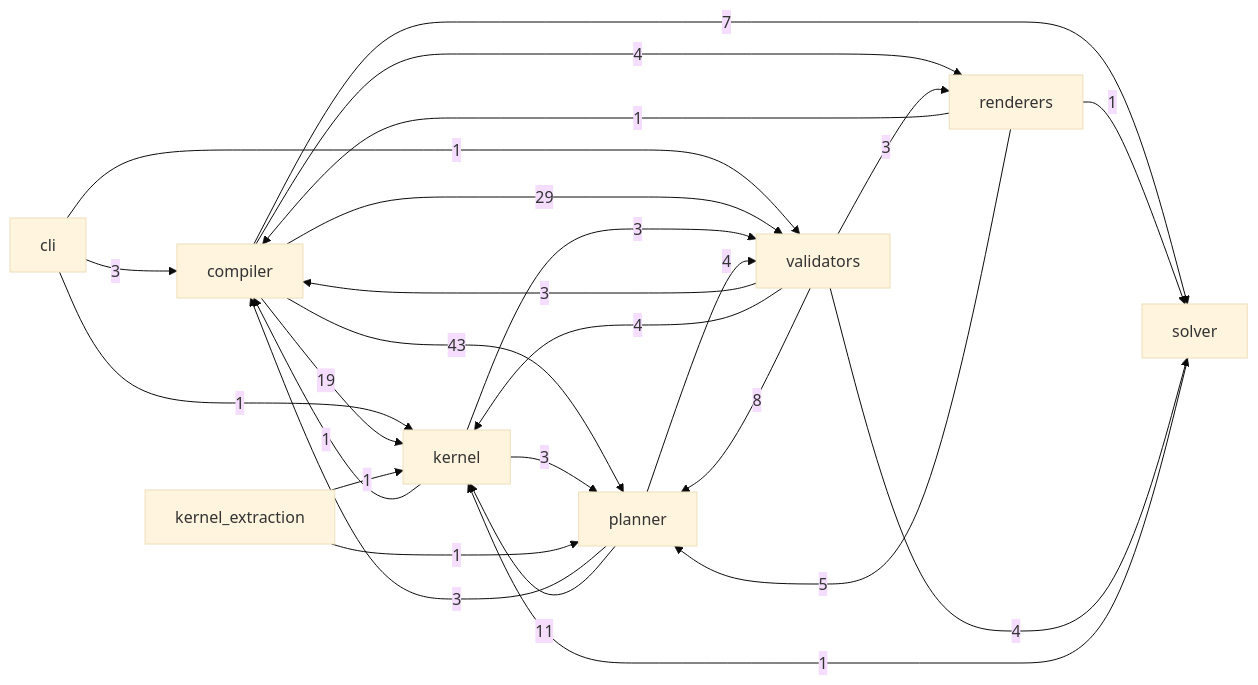
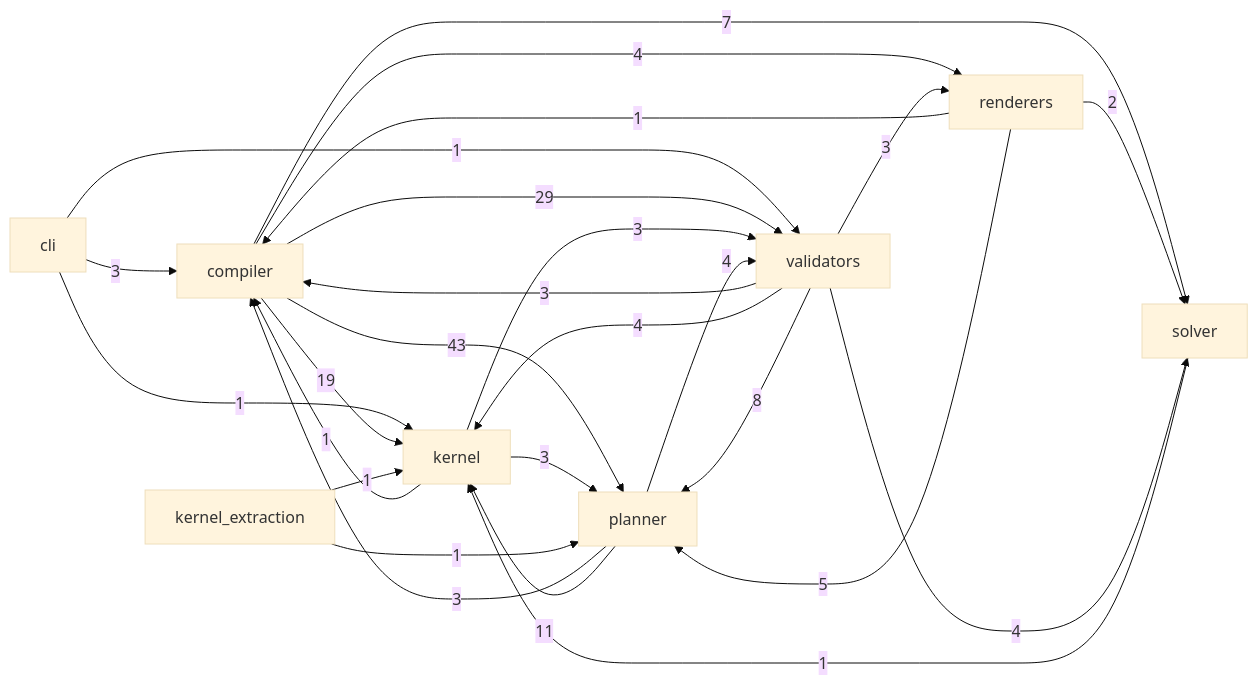
The diagram in docs/reference/code.md (Kingsley-Cyber/cinematic-compiler-core), drawn with Mermaid (base theme) before and after one commit. The commit also changed other lines of this file and 36 other files, not shown here.

````diff
--- a/docs/reference/code.md
+++ b/docs/reference/code.md
@@ -15,28 +15,28 @@
 ```mermaid
 flowchart LR
   cli -->|3| compiler
   cli -->|1| kernel
   cli -->|1| validators
   compiler -->|19| kernel
   compiler -->|43| planner
   compiler -->|4| renderers
   compiler -->|7| solver
   compiler -->|29| validators
   kernel -->|1| compiler
   kernel -->|3| planner
   kernel -->|3| validators
   kernel_extraction -->|1| kernel
   kernel_extraction -->|1| planner
   planner -->|3| compiler
   planner -->|11| kernel
   planner -->|4| validators
   renderers -->|1| compiler
   renderers -->|5| planner
-  renderers -->|1| solver
+  renderers -->|2| solver
   solver -->|1| kernel
   validators -->|3| compiler
   validators -->|4| kernel
   validators -->|8| planner
   validators -->|3| renderers
   validators -->|4| solver
 ```
````
